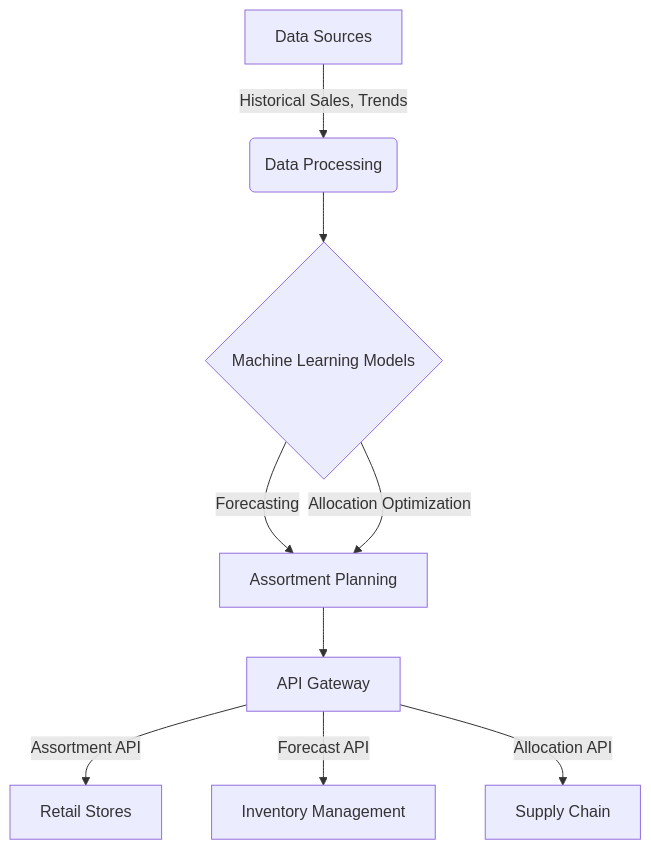
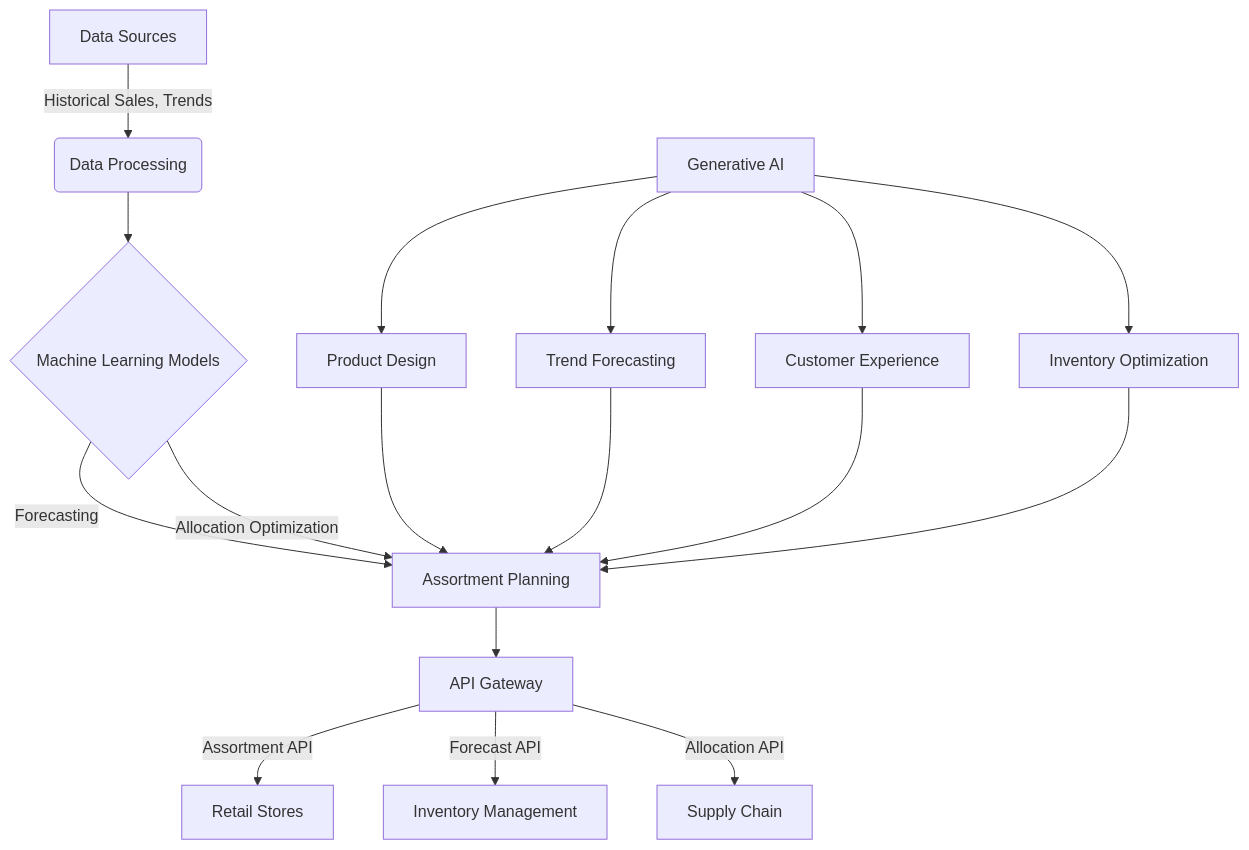
The diagram in readme.md (mgorav/assortment), drawn with Mermaid before and after one commit.

````diff
--- a/readme.md
+++ b/readme.md
@@ -56,11 +56,21 @@
 ```mermaid
 graph TD;
     A[Data Sources] -->|Historical Sales, Trends| B(Data Processing);
     B --> C{Machine Learning Models};
     C -->|Forecasting| D[Assortment Planning];
     C -->|Allocation Optimization| D;
     D --> E[API Gateway];
     E -->|Assortment API| F[Retail Stores];
     E -->|Forecast API| G[Inventory Management];
     E -->|Allocation API| H[Supply Chain];
+
+    I[Generative AI] --> J[Product Design];
+    I --> K[Trend Forecasting];
+    I --> L[Customer Experience];
+    I --> M[Inventory Optimization];
+
+    J --> D;
+    K --> D;
+    L --> D;
+    M --> D;
 ```
````
